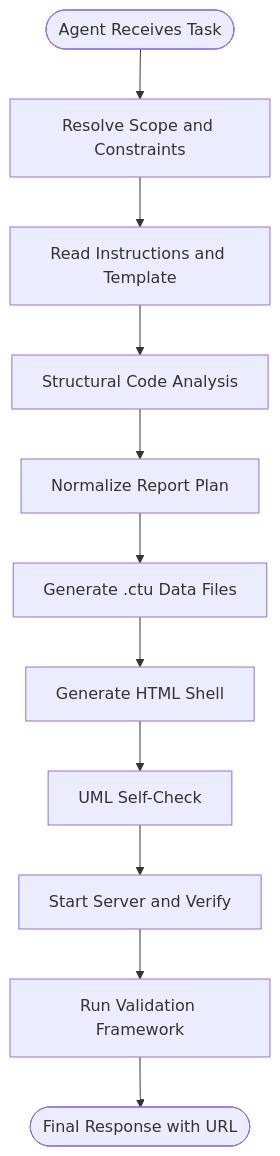
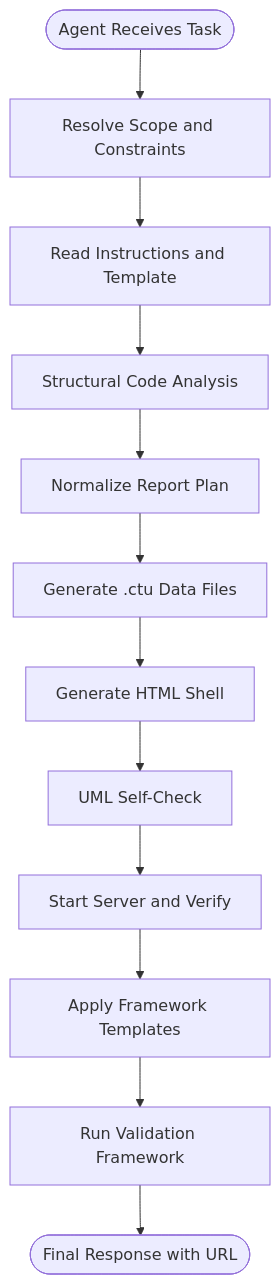
One commit to pingwurth/code-to-uml changed the third of 8 diagrams in .qoder/repowiki/en/content/AI Agent Integration/AI Agent Integration.md. Above: the diagram before and after it, drawn with Mermaid. The commit also changed other lines of this file and 48 other files, not shown here.

````diff
--- a/.qoder/repowiki/en/content/AI Agent Integration/AI Agent Integration.md
+++ b/.qoder/repowiki/en/content/AI Agent Integration/AI Agent Integration.md
@@ -172,13 +192,14 @@
 ```mermaid
 flowchart TD
 Start(["Agent Receives Task"]) --> Scope["Resolve Scope and Constraints"]
 Scope --> Template["Read Instructions and Template"]
 Template --> Analyze["Structural Code Analysis"]
 Analyze --> Plan["Normalize Report Plan"]
 Plan --> DataGen["Generate .ctu Data Files"]
 DataGen --> HtmlGen["Generate HTML Shell"]
 HtmlGen --> UmlCheck["UML Self-Check"]
 UmlCheck --> Server["Start Server and Verify"]
-Server --> Validate["Run Validation Framework"]
+Server --> Framework["Apply Framework Templates"]
+Framework --> Validate["Run Validation Framework"]
 Validate --> Done(["Final Response with URL"])
 ```
````
